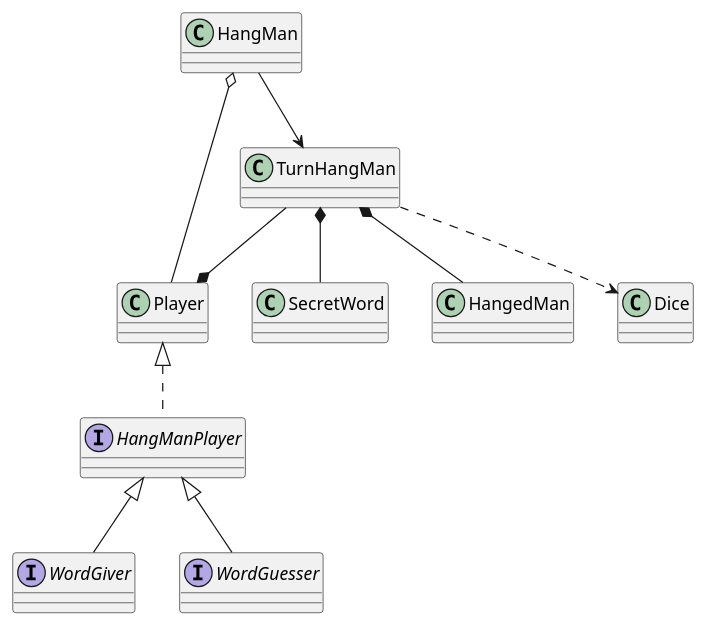
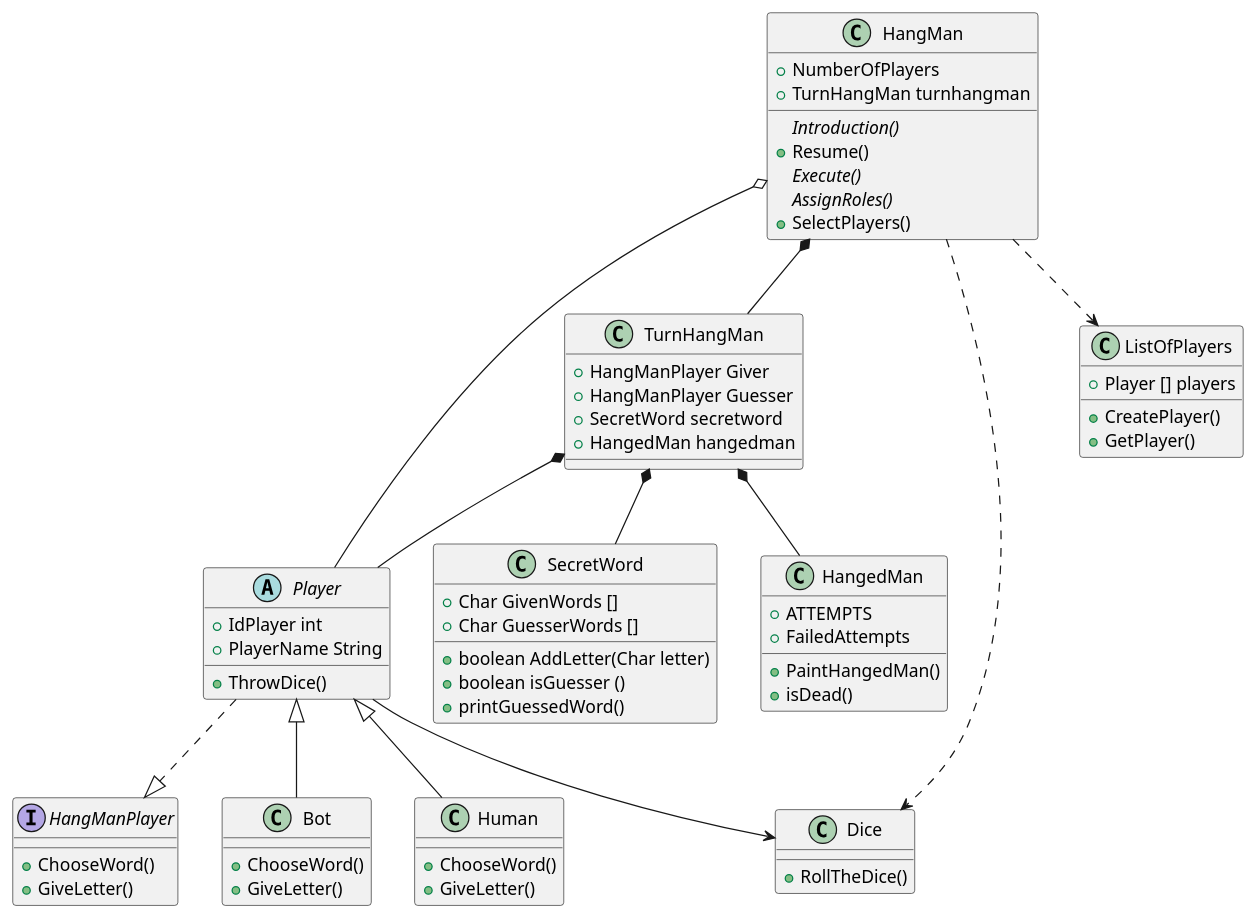
Before and after one commit to Gabs16TL/GamesPlatform: the diagram in diagrams/ClassDiagramHangMan.wsd, drawn with PlantUML. The commit also changed 1 other file, not shown here.

Commit message:
Se añadieron los diagramas de clases completos de HangMan y Main

```diff
--- a/diagrams/ClassDiagramHangMan.wsd
+++ b/diagrams/ClassDiagramHangMan.wsd
@@ -1,26 +1,74 @@
 @startuml
 
-class HangMan
-class Player
-class SecretWord
-class TurnHangMan
-class HangedMan
-class Dice
+class HangMan {
+    +NumberOfPlayers
+    +TurnHangMan turnhangman
+    {abstract}Introduction()
+    +Resume()
+    {abstract}Execute()
+    {abstract}AssignRoles()
+    +SelectPlayers()
+}
+abstract class Player {
+    +IdPlayer int
+    +PlayerName String
+    +ThrowDice()
+}
+class SecretWord {
+    +Char GivenWords []
+    +Char GuesserWords []
+    +boolean AddLetter(Char letter)
+    +boolean isGuesser ()
+    +printGuessedWord()
+}
+class TurnHangMan {
+    +HangManPlayer Giver
+    +HangManPlayer Guesser
+    +SecretWord secretword
+    +HangedMan hangedman
+}
+class HangedMan {   
+    +ATTEMPTS    
+    +FailedAttempts
+    +PaintHangedMan()
+    +isDead()
+}
+class Dice {
+    +RollTheDice()
+}
 
-interface WordGiver
-interface WordGuesser
-interface HangManPlayer
+class ListOfPlayers {
+    +Player [] players
+    +CreatePlayer()
+    +GetPlayer()
+}
+
+interface HangManPlayer {
+    +ChooseWord()
+    +GiveLetter()
+}
+
+class Bot {
+    +ChooseWord()
+    +GiveLetter()
+}
+class Human {
+    +ChooseWord()
+    +GiveLetter()
+}
 
 HangMan o-- Player
-HangMan -->TurnHangMan
+HangMan *--TurnHangMan
 TurnHangMan*-- SecretWord
 TurnHangMan*-- HangedMan
+Player <|-- Bot
+Player <|-- Human
+Player ..|>HangManPlayer
+TurnHangMan *-- Player
 
-Player <|..HangManPlayer
-HangManPlayer<|-- WordGuesser
-HangManPlayer<|-- WordGiver
-TurnHangMan --* Player
+Player-->Dice
 
+HangMan ..> ListOfPlayers
+HangMan ..>Dice
 
-TurnHangMan ..>Dice
 @enduml
```
